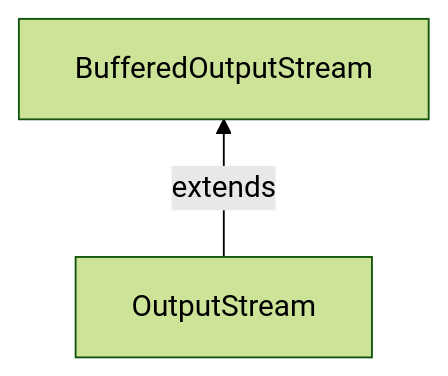
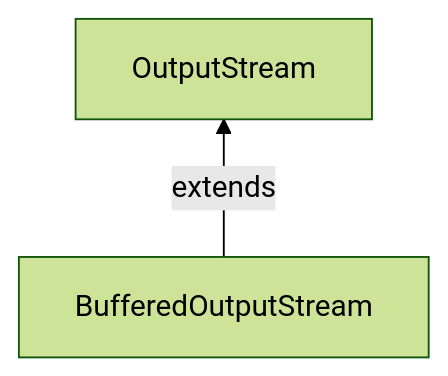
The diagram in Java/BufferedOutputStream.md (andrnnov/obsidian), drawn with Mermaid (forest theme) before and after one commit. The commit also changed 6 other files, not shown here.

````diff
--- a/Java/BufferedOutputStream.md
+++ b/Java/BufferedOutputStream.md
@@ -7,4 +7,4 @@
 ```mermaid
 flowchart BT
-    OutputStream --> |extends|BufferedOutputStream
+    BufferedOutputStream --> |extends|OutputStream
 ```
````
